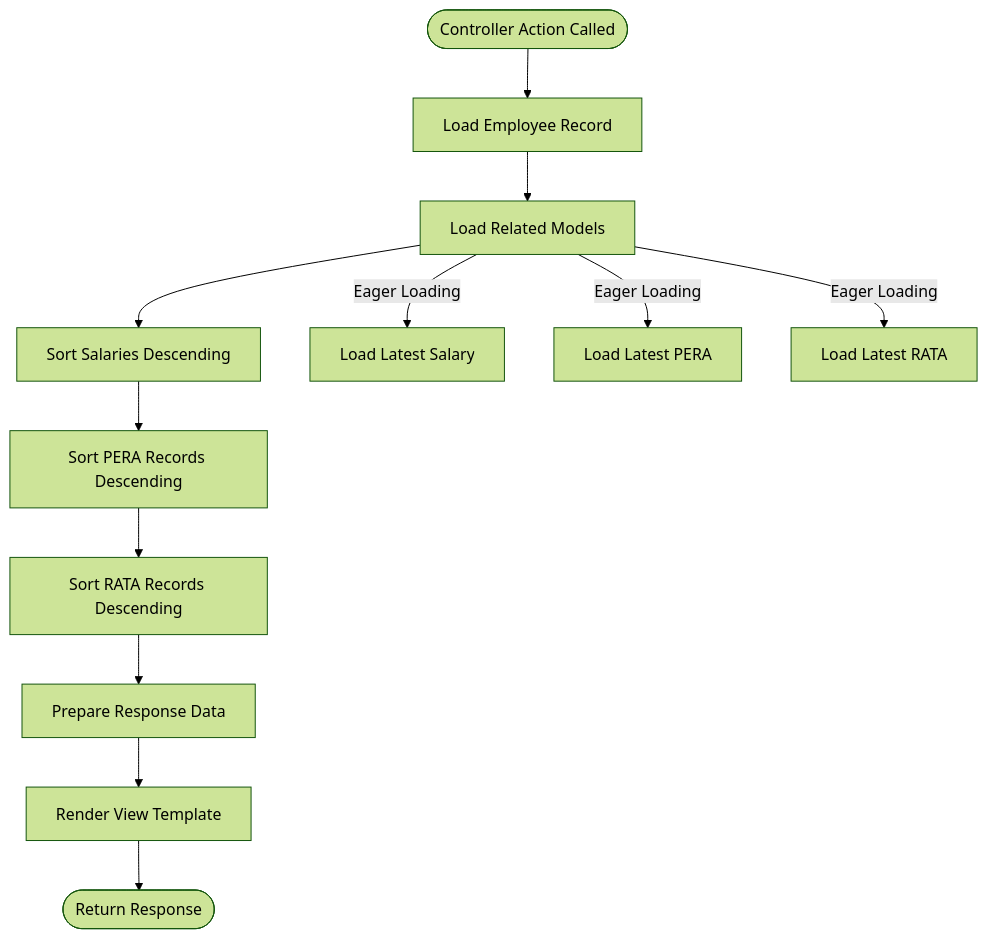
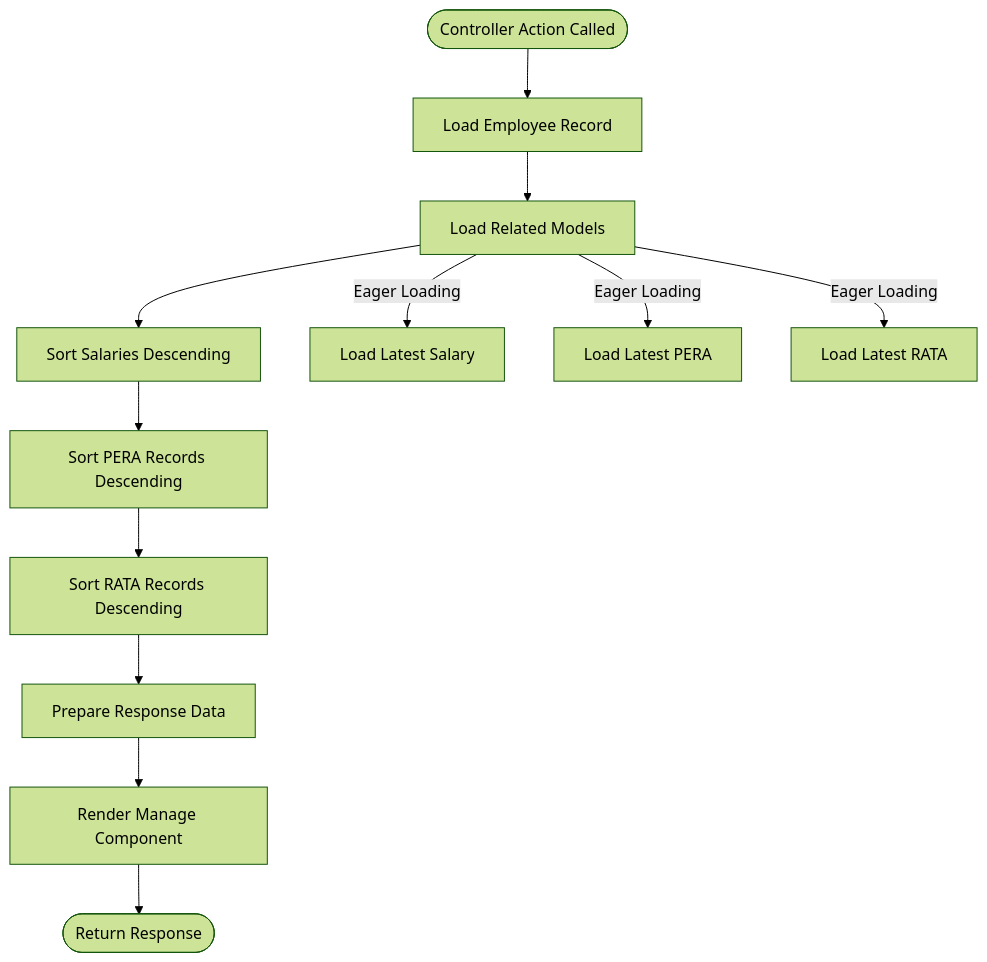
Before and after one commit to vincet0t15/template: the fourth of 6 diagrams in .qoder/repowiki/en/content/Employee Management/Employee Overview Dashboard.md, drawn with Mermaid (forest theme). The commit also changed other lines of this file and 7 other files, not shown here.

````diff
--- a/.qoder/repowiki/en/content/Employee Management/Employee Overview Dashboard.md
+++ b/.qoder/repowiki/en/content/Employee Management/Employee Overview Dashboard.md
@@ -193,14 +208,14 @@
 ```mermaid
 flowchart TD
 Start([Controller Action Called]) --> LoadEmployee["Load Employee Record"]
 LoadEmployee --> LoadRelations["Load Related Models"]
 LoadRelations --> SortSalaries["Sort Salaries Descending"]
 SortSalaries --> SortPera["Sort PERA Records Descending"]
 SortPera --> SortRata["Sort RATA Records Descending"]
 SortRata --> PrepareResponse["Prepare Response Data"]
-PrepareResponse --> RenderView["Render View Template"]
+PrepareResponse --> RenderView["Render Manage Component"]
 RenderView --> End([Return Response])
 LoadRelations --> |Eager Loading| LoadSalaries["Load Latest Salary"]
 LoadRelations --> |Eager Loading| LoadPera["Load Latest PERA"]
 LoadRelations --> |Eager Loading| LoadRata["Load Latest RATA"]
 ```
````
